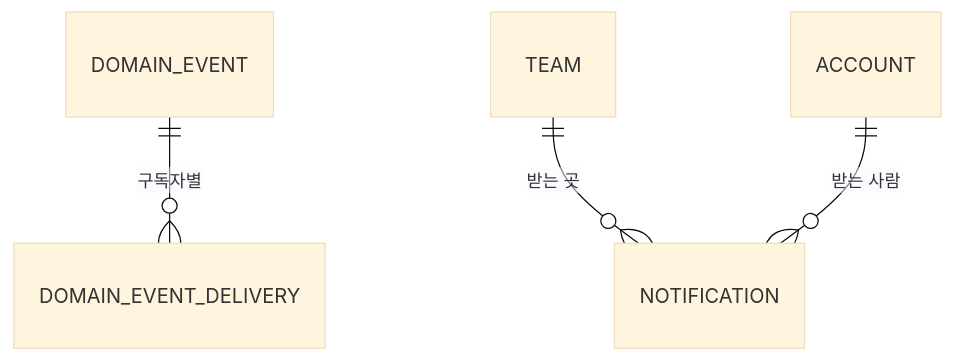
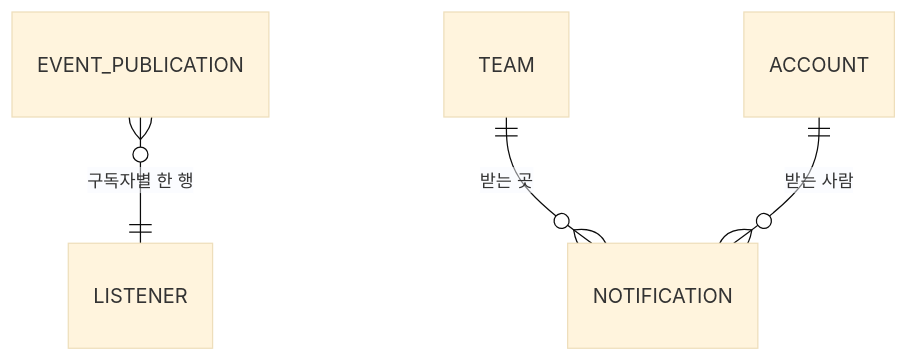
The fourth of 6 diagrams in docs/domain/model.md (poseybutter/reberu), drawn with Mermaid (base theme) before and after one commit. The commit also changed other lines of this file and 14 other files, not shown here.

````diff
--- a/docs/domain/model.md
+++ b/docs/domain/model.md
@@ -398,6 +411,6 @@
 ```mermaid
 erDiagram
-    DOMAIN_EVENT ||--o{ DOMAIN_EVENT_DELIVERY : "구독자별"
+    EVENT_PUBLICATION }o--|| LISTENER : "구독자별 한 행"
     TEAM ||--o{ NOTIFICATION : "받는 곳"
     ACCOUNT ||--o{ NOTIFICATION : "받는 사람"
 ```
````
